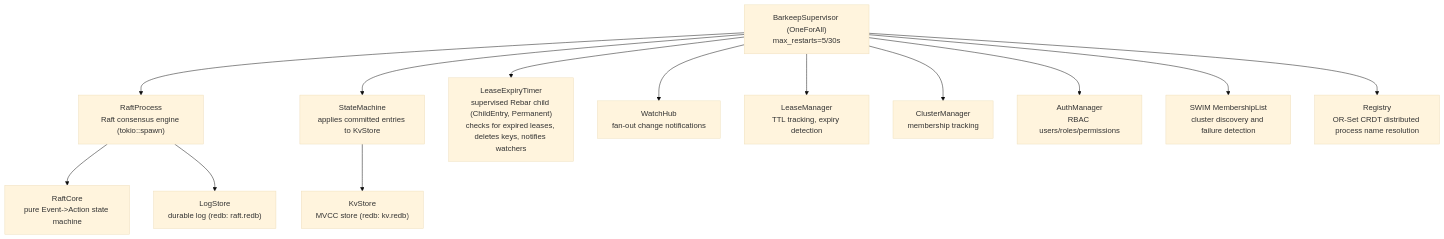
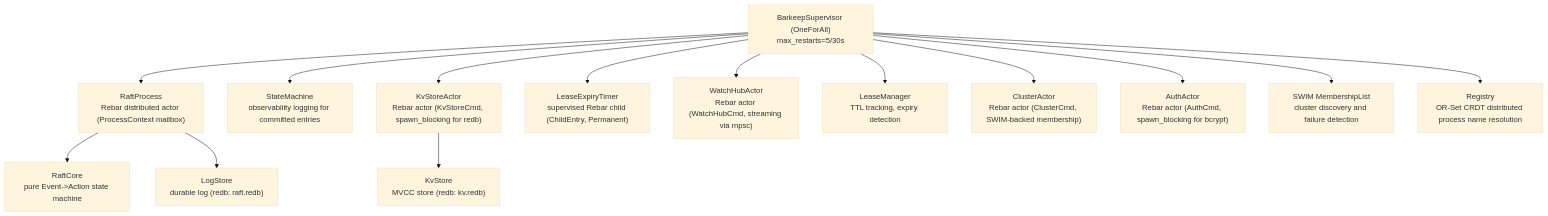
Before and after one commit to alexandernicholson/barkeeper: the second of 9 diagrams in docs/architecture.md, drawn with Mermaid (base theme). The commit also changed other lines of this file and 3 other files, not shown here.

````diff
--- a/docs/architecture.md
+++ b/docs/architecture.md
@@ -52,16 +52,17 @@
 ```mermaid
 graph TD
     S["BarkeepSupervisor (OneForAll)<br>max_restarts=5/30s"]
-    S --> R["RaftProcess<br>Raft consensus engine (tokio::spawn)"]
+    S --> R["RaftProcess<br>Rebar distributed actor (ProcessContext mailbox)"]
     R --> RC["RaftCore<br>pure Event-&gt;Action state machine"]
     R --> LS["LogStore<br>durable log (redb: raft.redb)"]
-    S --> SM["StateMachine<br>applies committed entries to KvStore"]
-    SM --> KV["KvStore<br>MVCC store (redb: kv.redb)"]
-    S --> LET["LeaseExpiryTimer<br>supervised Rebar child (ChildEntry, Permanent)<br>checks for expired leases, deletes keys, notifies watchers"]
-    S --> WH["WatchHub<br>fan-out change notifications"]
+    S --> SM["StateMachine<br>observability logging for committed entries"]
+    S --> KVA["KvStoreActor<br>Rebar actor (KvStoreCmd, spawn_blocking for redb)"]
+    KVA --> KV["KvStore<br>MVCC store (redb: kv.redb)"]
+    S --> LET["LeaseExpiryTimer<br>supervised Rebar child (ChildEntry, Permanent)"]
+    S --> WHA["WatchHubActor<br>Rebar actor (WatchHubCmd, streaming via mpsc)"]
     S --> LM["LeaseManager<br>TTL tracking, expiry detection"]
-    S --> CM["ClusterManager<br>membership tracking"]
-    S --> AM["AuthManager<br>RBAC users/roles/permissions"]
+    S --> CA["ClusterActor<br>Rebar actor (ClusterCmd, SWIM-backed membership)"]
+    S --> AA["AuthActor<br>Rebar actor (AuthCmd, spawn_blocking for bcrypt)"]
     S --> SWIM["SWIM MembershipList<br>cluster discovery and failure detection"]
     S --> Reg["Registry<br>OR-Set CRDT distributed process name resolution"]
 ```
````
